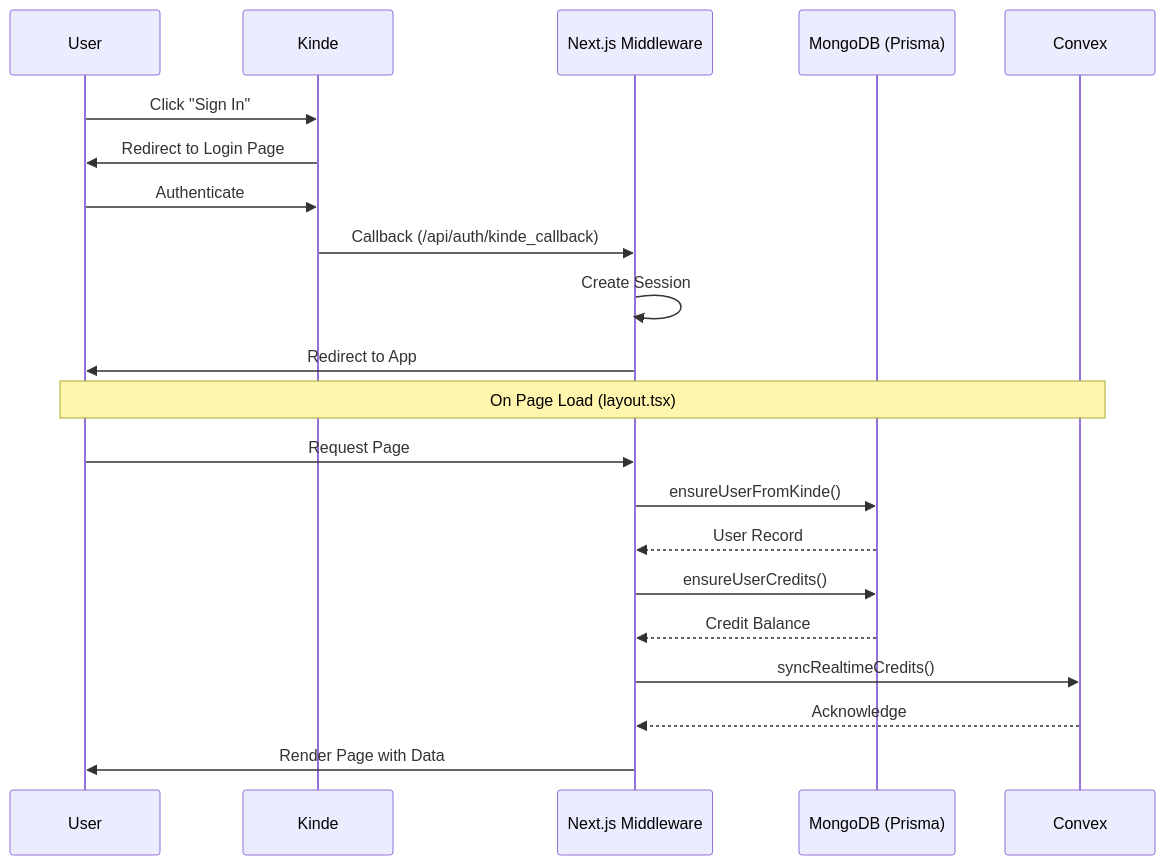
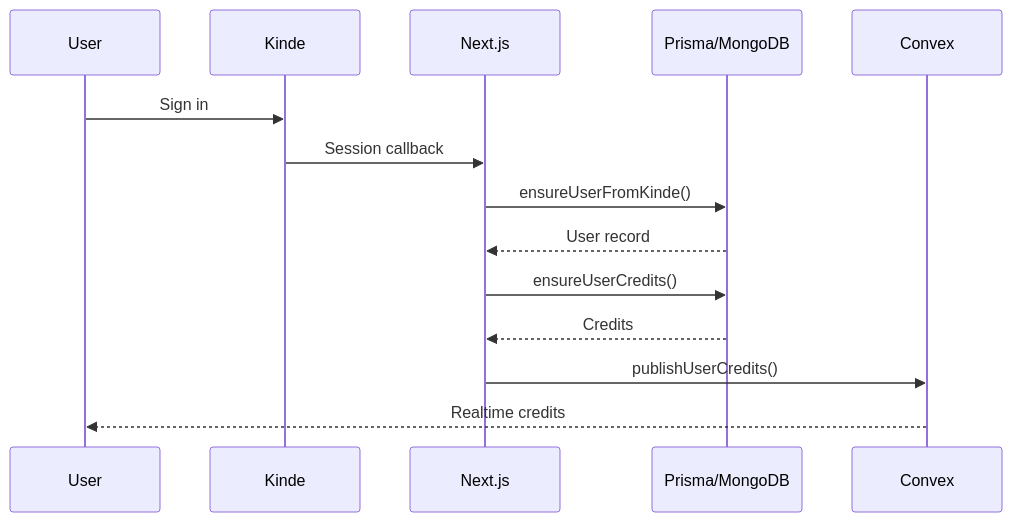
Before and after one commit to HemanshuYPatil/XTool.ai: the second of 10 diagrams in README.md, drawn with Mermaid. The commit also changed other lines of this file and 4 other files, not shown here.

````diff
--- a/README.md
+++ b/README.md
@@ -35,25 +96,17 @@
 ```mermaid
 sequenceDiagram
-    participant User
-    participant Kinde
-    participant NextJS as Next.js Middleware
-    participant Prisma as MongoDB (Prisma)
-    participant Convex
+  participant User
+  participant Kinde
+  participant NextApp as Next.js
+  participant Prisma as Prisma/MongoDB
+  participant Convex
 
-    User->>Kinde: Click "Sign In"
-    Kinde->>User: Redirect to Login Page
-    User->>Kinde: Authenticate
-    Kinde->>NextJS: Callback (/api/auth/kinde_callback)
-    NextJS->>NextJS: Create Session
-    NextJS->>User: Redirect to App
-    
-    Note over User, Convex: On Page Load (layout.tsx)
-    User->>NextJS: Request Page
-    NextJS->>Prisma: ensureUserFromKinde()
-    Prisma-->>NextJS: User Record
-    NextJS->>Prisma: ensureUserCredits()
-    Prisma-->>NextJS: Credit Balance
-    NextJS->>Convex: syncRealtimeCredits()
-    Convex-->>NextJS: Acknowledge
-    NextJS->>User: Render Page with Data
+  User->>Kinde: Sign in
+  Kinde->>NextApp: Session callback
+  NextApp->>Prisma: ensureUserFromKinde()
+  Prisma-->>NextApp: User record
+  NextApp->>Prisma: ensureUserCredits()
+  Prisma-->>NextApp: Credits
+  NextApp->>Convex: publishUserCredits()
+  Convex-->>User: Realtime credits
 ```
````
